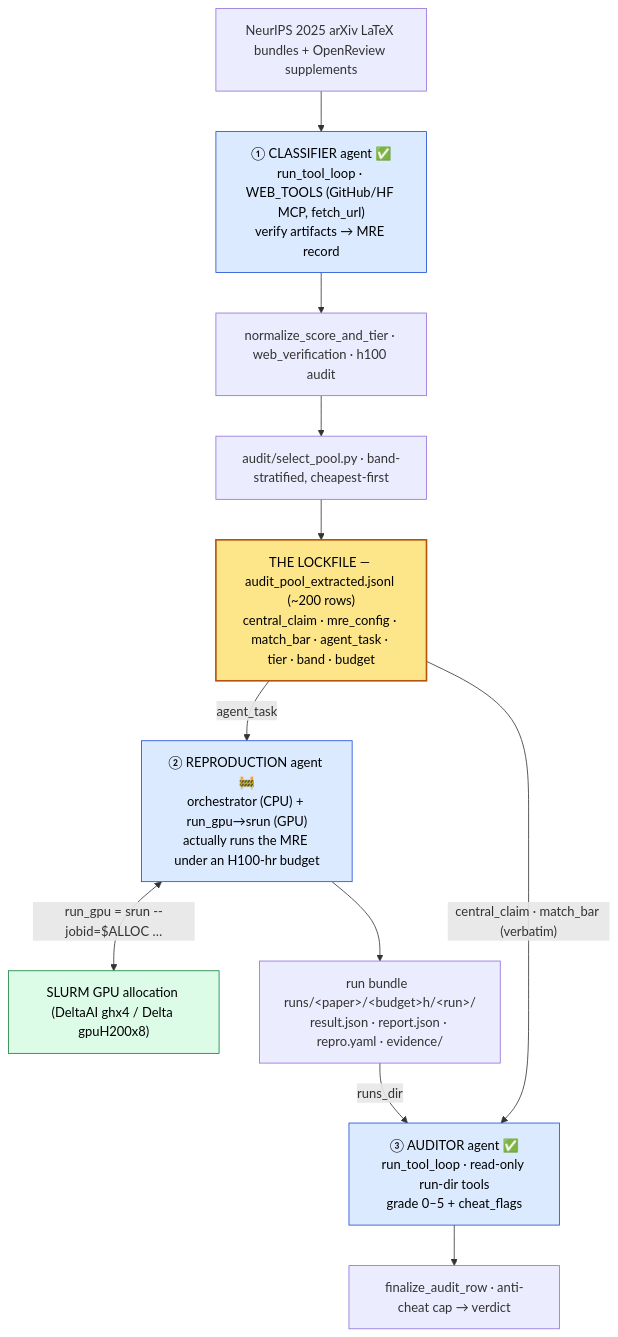
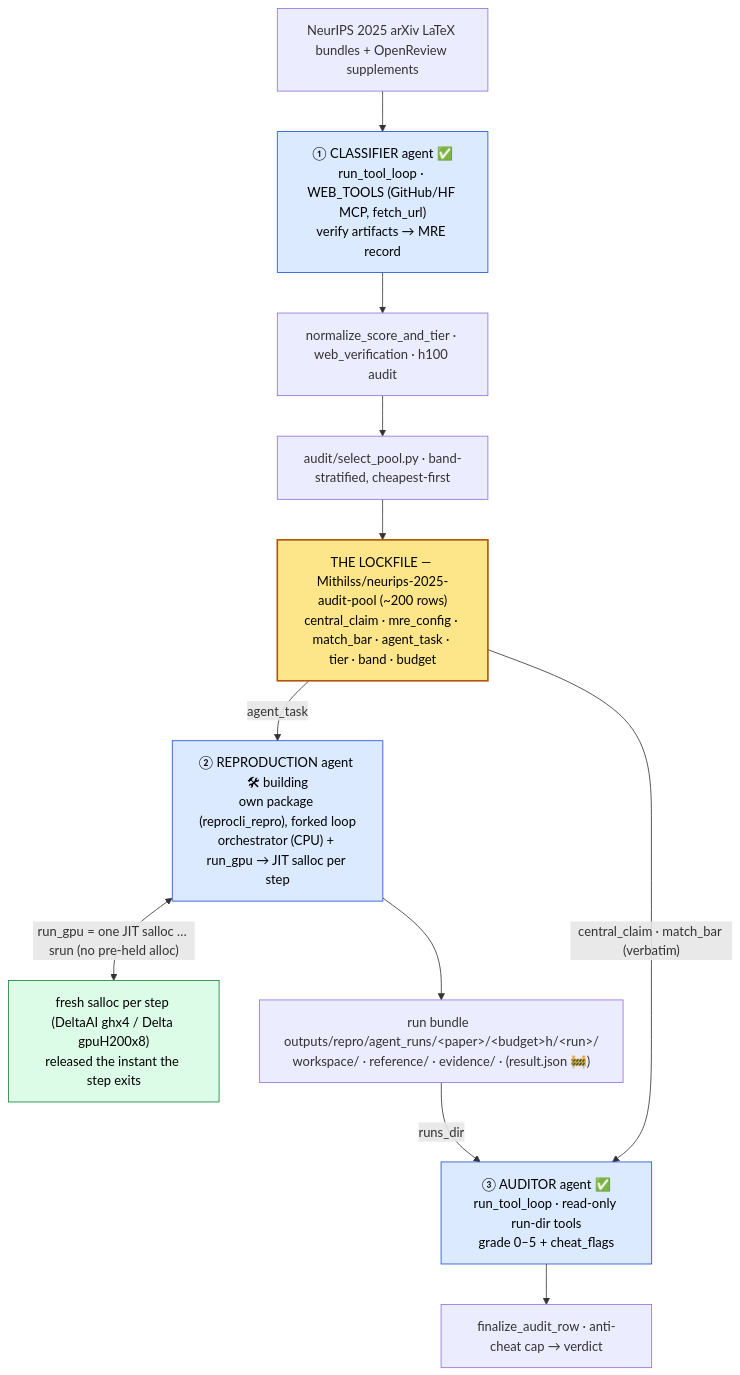
Before and after one commit to mithils3/reprocli: the diagram in docs/architecture.md, drawn with Mermaid. The commit also changed other lines of this file, not shown here.

First line of the commit message:
docs: rewrite architecture.md to match the built S6 reproduction agent

````diff
--- a/docs/architecture.md
+++ b/docs/architecture.md
@@ -25,26 +32,26 @@
 ```mermaid
 flowchart TD
   classDef lock fill:#fde68a,stroke:#b45309,stroke-width:2px,color:#000;
   classDef llm  fill:#dbeafe,stroke:#1d4ed8,color:#000;
   classDef gpu  fill:#dcfce7,stroke:#15803d,color:#000;
 
   A["NeurIPS 2025 arXiv LaTeX bundles + OpenReview supplements"]
   CL["① CLASSIFIER agent ✅<br/>run_tool_loop · WEB_TOOLS (GitHub/HF MCP, fetch_url)<br/>verify artifacts → MRE record"]:::llm
   POST1["normalize_score_and_tier · web_verification · h100 audit"]
   SEL["audit/select_pool.py · band-stratified, cheapest-first"]
-  LOCK["THE LOCKFILE — audit_pool_extracted.jsonl (~200 rows)<br/>central_claim · mre_config · match_bar · agent_task · tier · band · budget"]:::lock
-  RA["② REPRODUCTION agent 🚧<br/>orchestrator (CPU) + run_gpu→srun (GPU)<br/>actually runs the MRE under an H100-hr budget"]:::llm
-  GPU["SLURM GPU allocation (DeltaAI ghx4 / Delta gpuH200x8)"]:::gpu
-  BUN["run bundle  runs/&lt;paper&gt;/&lt;budget&gt;h/&lt;run&gt;/<br/>result.json · report.json · repro.yaml · evidence/"]
+  LOCK["THE LOCKFILE — Mithilss/neurips-2025-audit-pool (~200 rows)<br/>central_claim · mre_config · match_bar · agent_task · tier · band · budget"]:::lock
+  RA["② REPRODUCTION agent 🛠 building<br/>own package (reprocli_repro), forked loop<br/>orchestrator (CPU) + run_gpu → JIT salloc per step"]:::llm
+  GPU["fresh salloc per step (DeltaAI ghx4 / Delta gpuH200x8)<br/>released the instant the step exits"]:::gpu
+  BUN["run bundle  outputs/repro/agent_runs/&lt;paper&gt;/&lt;budget&gt;h/&lt;run&gt;/<br/>workspace/ · reference/ · evidence/ · (result.json 🚧)"]
   AU["③ AUDITOR agent ✅<br/>run_tool_loop · read-only run-dir tools<br/>grade 0–5 + cheat_flags"]:::llm
   POST2["finalize_audit_row · anti-cheat cap → verdict"]
 
   A --> CL --> POST1 --> SEL --> LOCK
   LOCK -->|"agent_task"| RA
-  RA <-->|"run_gpu = srun --jobid=$ALLOC …"| GPU
+  RA <-->|"run_gpu = one JIT salloc … srun (no pre-held alloc)"| GPU
   RA --> BUN
   LOCK -->|"central_claim · match_bar (verbatim)"| AU
   BUN -->|"runs_dir"| AU --> POST2
 
   class LOCK lock;
 ```
````
